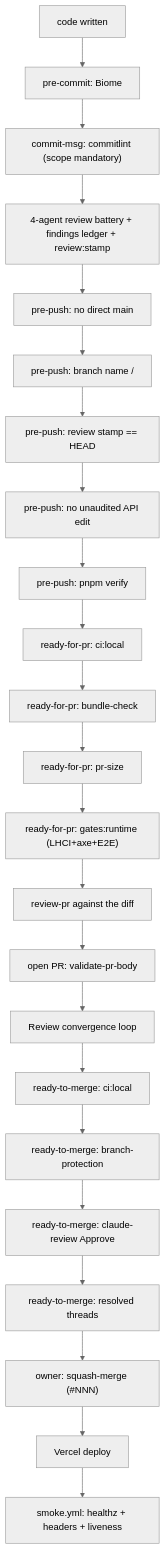
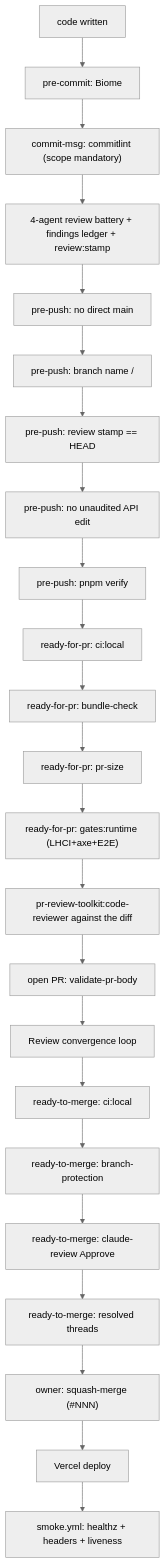
Before and after one commit to erikunha/portfolio: the first of 3 diagrams in docs/handbook/review-merge-release.md, drawn with Mermaid (neutral theme). The commit also changed other lines of this file and 42 other files, not shown here.

````diff
--- a/docs/handbook/review-merge-release.md
+++ b/docs/handbook/review-merge-release.md
@@ -7,25 +7,25 @@
 ```mermaid
 flowchart TD
     write["code written"] --> c1["pre-commit: Biome"]
     c1 --> c2["commit-msg: commitlint (scope mandatory)"]
     c2 --> battery["4-agent review battery + findings ledger + review:stamp"]
     battery --> p1["pre-push: no direct main"]
     p1 --> p2["pre-push: branch name <type>/<desc>"]
     p2 --> p3["pre-push: review stamp == HEAD"]
     p3 --> p4["pre-push: no unaudited API edit"]
     p4 --> p5["pre-push: pnpm verify"]
     p5 --> r1["ready-for-pr: ci:local"]
     r1 --> r2["ready-for-pr: bundle-check"]
     r2 --> r3["ready-for-pr: pr-size"]
     r3 --> r4["ready-for-pr: gates:runtime (LHCI+axe+E2E)"]
-    r4 --> r5["review-pr against the diff"]
+    r4 --> r5["pr-review-toolkit:code-reviewer against the diff"]
     r5 --> o1["open PR: validate-pr-body"]
     o1 --> o2["Review convergence loop"]
     o2 --> m1["ready-to-merge: ci:local"]
     m1 --> m2["ready-to-merge: branch-protection"]
     m2 --> m3["ready-to-merge: claude-review Approve"]
     m3 --> m4["ready-to-merge: resolved threads"]
     m4 --> merge["owner: squash-merge (#NNN)"]
     merge --> deploy["Vercel deploy"]
     deploy --> smoke["smoke.yml: healthz + headers + liveness"]
 ```
````
